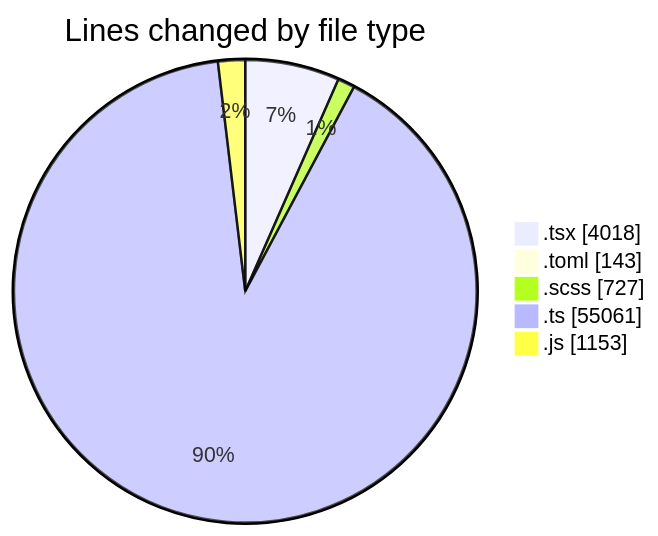
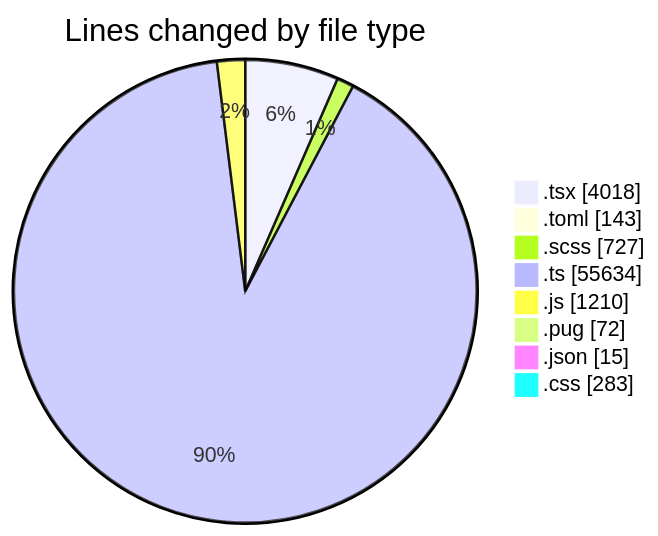
The first of 2 diagrams in 2026-11-02/cda/README.md (momahboobian/code-tracking), drawn with Mermaid before and after one commit. The commit also changed other lines of this file and 1 other file, not shown here.

````diff
--- a/2026-11-02/cda/README.md
+++ b/2026-11-02/cda/README.md
@@ -77,9 +81,12 @@
 ```mermaid
 pie showData
 title Lines changed by file type
 ".tsx" : 4018
 ".toml" : 143
 ".scss" : 727
-".ts" : 55061
-".js" : 1153
+".ts" : 55634
+".js" : 1210
+".pug" : 72
+".json" : 15
+".css" : 283
 ```
````
